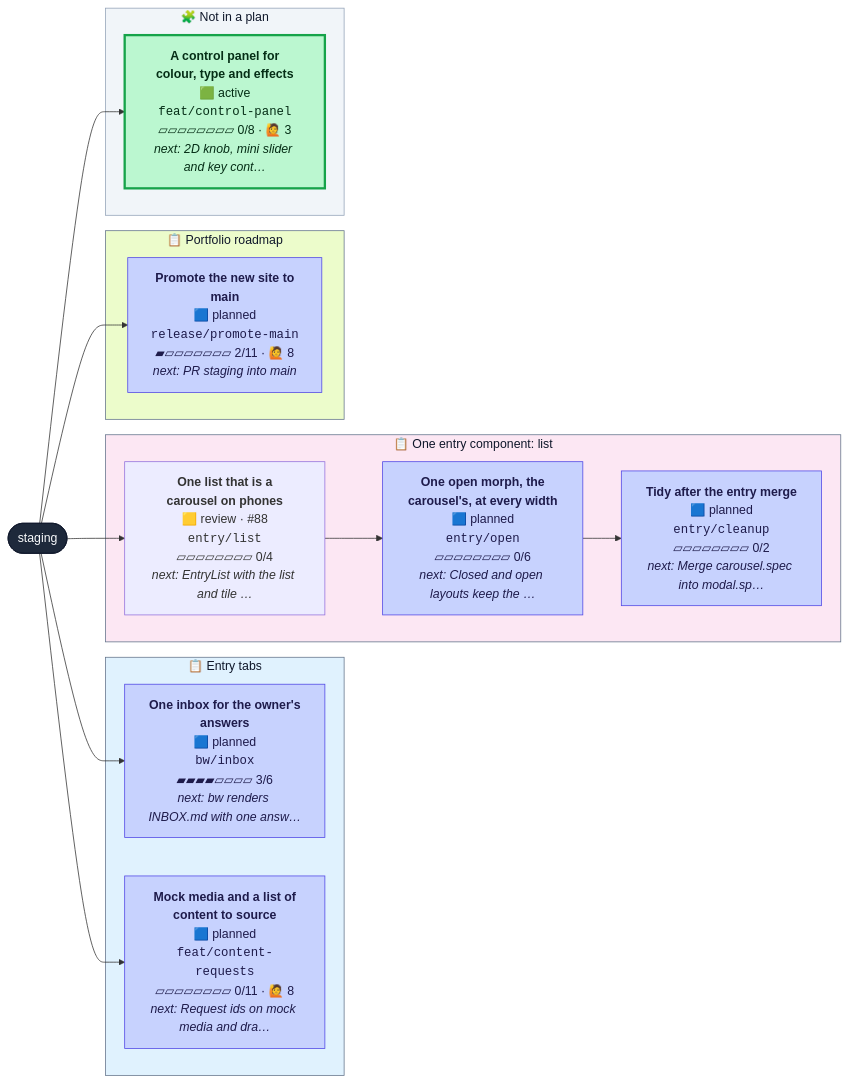
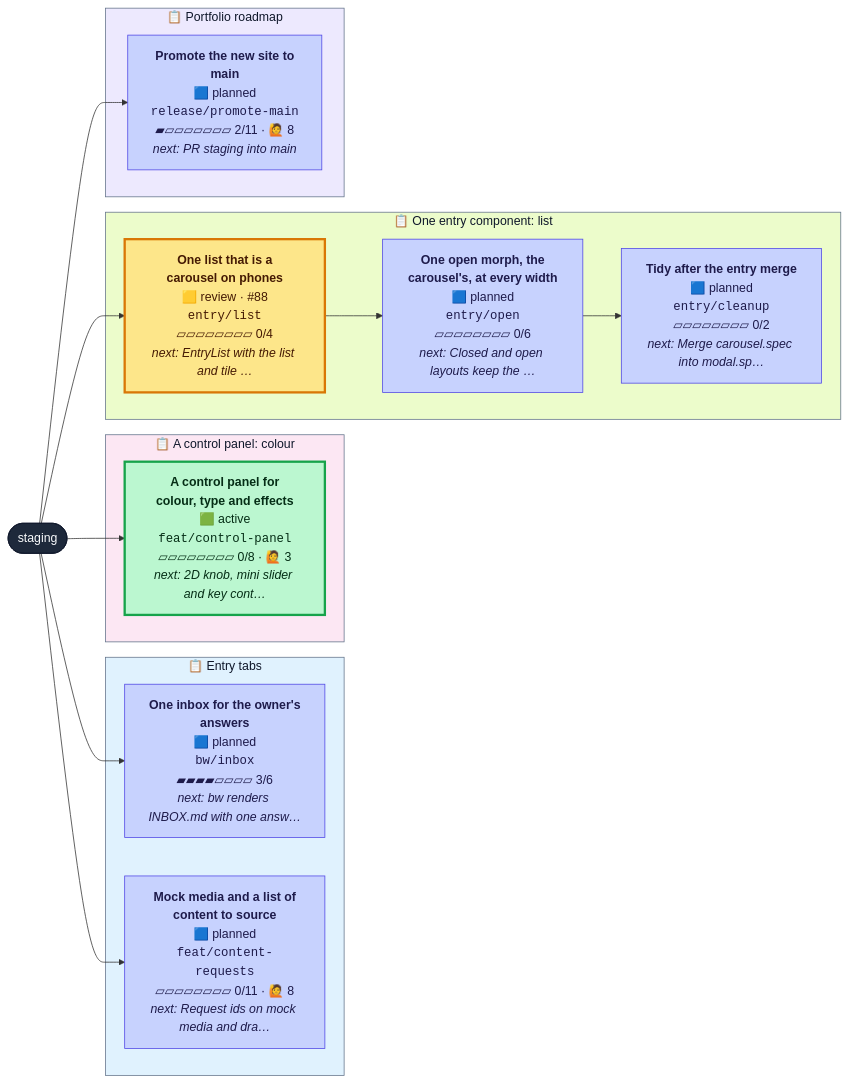
Before and after one commit to henryjonescodes/portfolio: the diagram in CONTRIBUTING.md, drawn with Mermaid. The commit also changed other lines of this file and 1 other file, not shown here.

````diff
--- a/CONTRIBUTING.md
+++ b/CONTRIBUTING.md
@@ -16,44 +16,44 @@
 ```mermaid
 flowchart LR
   n_staging([staging])
   class n_staging trunk
   subgraph plan_0["📋 Entry tabs"]
     n_bw_inbox["<b>One inbox for the owner's<br/>answers</b><br/>🟦 planned<br/><code>bw/inbox</code><br/>▰▰▰▰▱▱▱▱ 3/6<br/><i>next: bw renders INBOX.md with one answ…</i>"]
     class n_bw_inbox planned
     n_feat_content_requests["<b>Mock media and a list of<br/>content to source</b><br/>🟦 planned<br/><code>feat/content-requests</code><br/>▱▱▱▱▱▱▱▱ 0/11 · 🙋 8<br/><i>next: Request ids on mock media and dra…</i>"]
     class n_feat_content_requests planned
   end
   style plan_0 fill:#e0f2fe,stroke:#64748b,color:#0f172a
-  subgraph plan_1["📋 One entry component: list"]
+  subgraph plan_1["📋 A control panel: colour"]
+    n_feat_control_panel["<b>A control panel for<br/>colour, type and effects</b><br/>🟩 active<br/><code>feat/control-panel</code><br/>▱▱▱▱▱▱▱▱ 0/8 · 🙋 3<br/><i>next: 2D knob, mini slider and key cont…</i>"]
+    class n_feat_control_panel active
+  end
+  style plan_1 fill:#fce7f3,stroke:#64748b,color:#0f172a
+  subgraph plan_2["📋 One entry component: list"]
     n_entry_cleanup["<b>Tidy after the entry merge</b><br/>🟦 planned<br/><code>entry/cleanup</code><br/>▱▱▱▱▱▱▱▱ 0/2<br/><i>next: Merge carousel.spec into modal.sp…</i>"]
     class n_entry_cleanup planned
     n_entry_list["<b>One list that is a<br/>carousel on phones</b><br/>🟨 review · #88<br/><code>entry/list</code><br/>▱▱▱▱▱▱▱▱ 0/4<br/><i>next: EntryList with the list and tile …</i>"]
-    class n_entry_list review,current
+    class n_entry_list review
     n_entry_open["<b>One open morph, the<br/>carousel's, at every width</b><br/>🟦 planned<br/><code>entry/open</code><br/>▱▱▱▱▱▱▱▱ 0/6<br/><i>next: Closed and open layouts keep the …</i>"]
     class n_entry_open planned
   end
-  style plan_1 fill:#fce7f3,stroke:#64748b,color:#0f172a
-  subgraph plan_2["📋 Portfolio roadmap"]
+  style plan_2 fill:#ecfccb,stroke:#64748b,color:#0f172a
+  subgraph plan_4["📋 Portfolio roadmap"]
     n_release_promote_main["<b>Promote the new site to<br/>main</b><br/>🟦 planned<br/><code>release/promote-main</code><br/>▰▱▱▱▱▱▱▱ 2/11 · 🙋 8<br/><i>next: PR staging into main</i>"]
     class n_release_promote_main planned
   end
-  style plan_2 fill:#ecfccb,stroke:#64748b,color:#0f172a
-  subgraph loose["🧩 Not in a plan"]
-    n_feat_control_panel["<b>A control panel for<br/>colour, type and effects</b><br/>🟩 active<br/><code>feat/control-panel</code><br/>▱▱▱▱▱▱▱▱ 0/8 · 🙋 3<br/><i>next: 2D knob, mini slider and key cont…</i>"]
-    class n_feat_control_panel active
-  end
-  style loose fill:#f1f5f9,stroke:#94a3b8,color:#0f172a
+  style plan_4 fill:#ede9fe,stroke:#64748b,color:#0f172a
   n_staging --> n_bw_inbox
   n_entry_open --> n_entry_cleanup
   n_staging --> n_entry_list
   n_entry_list --> n_entry_open
   n_staging --> n_feat_content_requests
   n_staging --> n_feat_control_panel
   n_staging --> n_release_promote_main
   classDef planned fill:#c7d2fe,stroke:#4f46e5,color:#1e1b4b
   classDef active fill:#bbf7d0,stroke:#16a34a,stroke-width:3px,color:#052e16
   classDef review fill:#fde68a,stroke:#d97706,stroke-width:3px,color:#451a03
   classDef blocked fill:#fecaca,stroke:#dc2626,stroke-width:3px,color:#450a0a
   classDef trunk fill:#1e293b,stroke:#0f172a,color:#f8fafc
   classDef current stroke:#0ea5e9,stroke-width:5px
 ```
````
